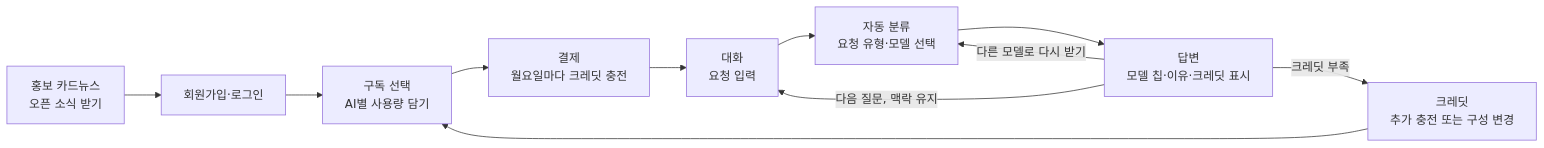
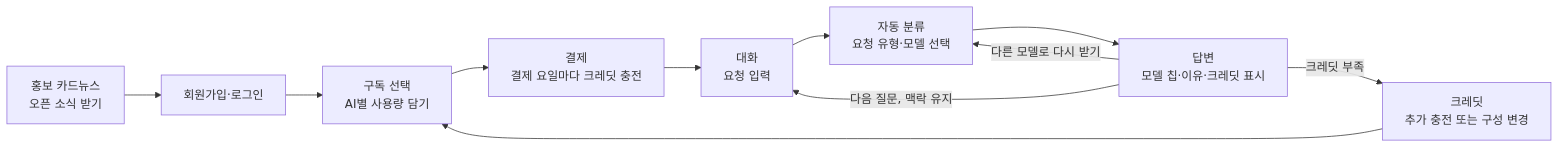
Before and after one commit to bunnyjeong022204-alt/Siempre: the diagram in docs/PRD.md, drawn with Mermaid. The commit also changed other lines of this file and 12 other files, not shown here.

````diff
--- a/docs/PRD.md
+++ b/docs/PRD.md
@@ -196,13 +198,13 @@
 ```mermaid
 flowchart LR
   A[홍보 카드뉴스<br/>오픈 소식 받기] --> L[회원가입·로그인]
   L --> B[구독 선택<br/>AI별 사용량 담기]
-  B --> C[결제<br/>월요일마다 크레딧 충전]
+  B --> C[결제<br/>결제 요일마다 크레딧 충전]
   C --> D[대화<br/>요청 입력]
   D --> E[자동 분류<br/>요청 유형·모델 선택]
   E --> F[답변<br/>모델 칩·이유·크레딧 표시]
   F -- 다음 질문, 맥락 유지 --> D
   F -- 다른 모델로 다시 받기 --> E
   F -- 크레딧 부족 --> G[크레딧<br/>추가 충전 또는 구성 변경]
   G --> B
 ```
````
